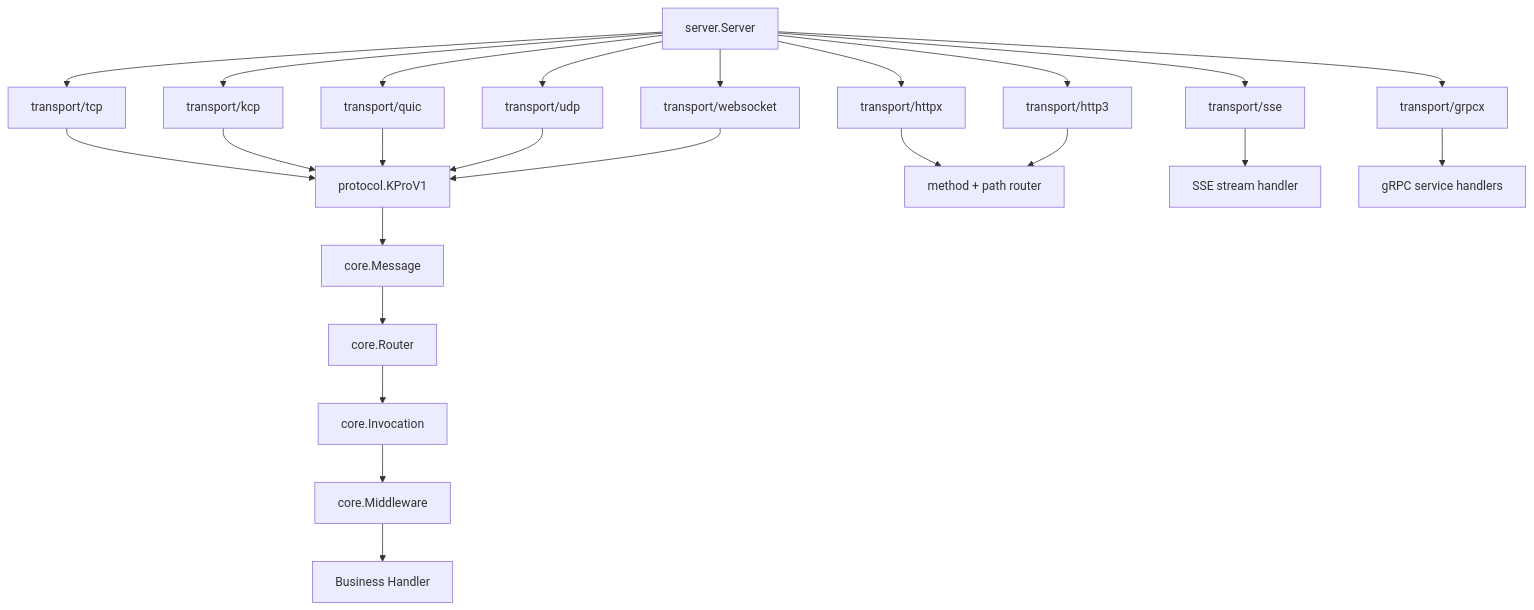
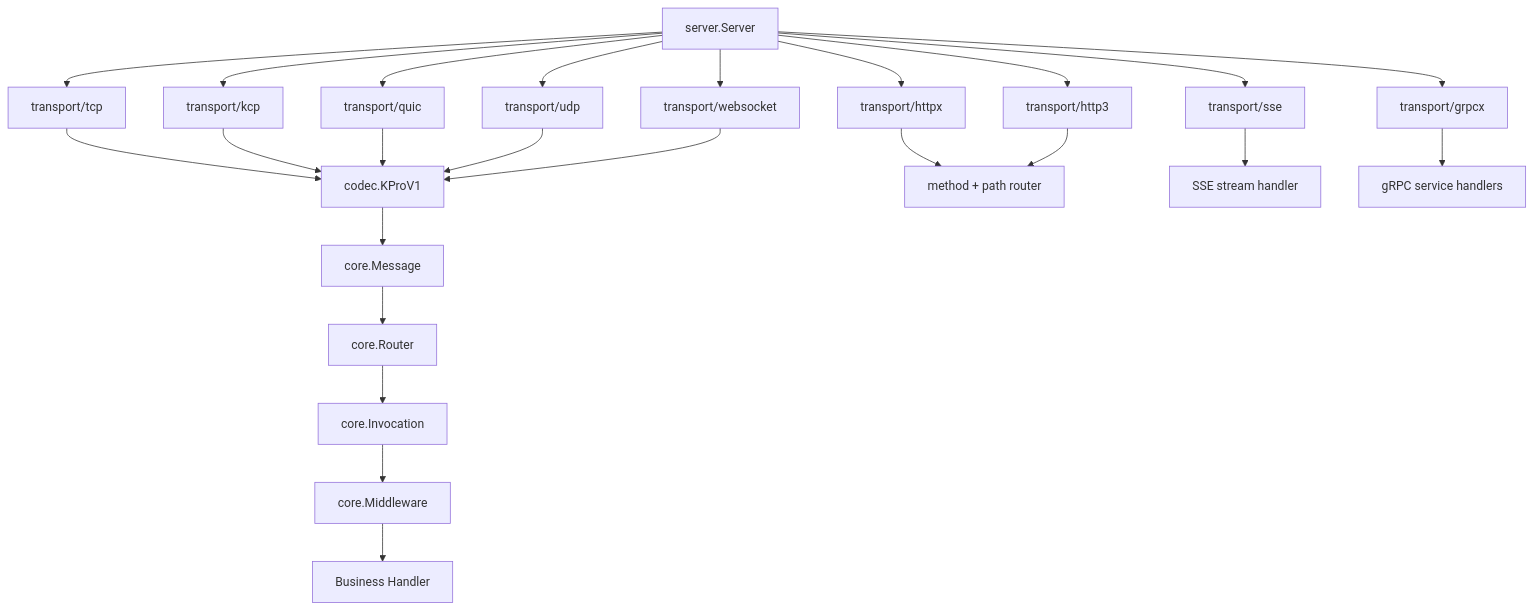
Before and after one commit to saramand9/kpro: the first of 3 diagrams in README.md, drawn with Mermaid. The commit also changed other lines of this file and 151 other files, not shown here.

First line of the commit message:
refactor: clarify app architecture and codec layer

````diff
--- a/README.md
+++ b/README.md
@@ -38,29 +36,29 @@
 ```mermaid
 flowchart TD
     App[server.Server] --> TCP[transport/tcp]
     App --> KCP[transport/kcp]
     App --> QUIC[transport/quic]
     App --> UDP[transport/udp]
     App --> WS[transport/websocket]
     App --> HTTP[transport/httpx]
     App --> HTTP3[transport/http3]
     App --> SSE[transport/sse]
     App --> GRPC[transport/grpcx]
 
-    TCP --> Protocol[protocol.KProV1]
+    TCP --> Protocol[codec.KProV1]
     KCP --> Protocol
     QUIC --> Protocol
     UDP --> Protocol
     WS --> Protocol
 
     Protocol --> Message[core.Message]
     Message --> Router[core.Router]
     Router --> Invocation[core.Invocation]
     Invocation --> Middleware[core.Middleware]
     Middleware --> Handler[Business Handler]
 
     HTTP --> HTTPRouter[method + path router]
     HTTP3 --> HTTPRouter
     SSE --> SSEHandler[SSE stream handler]
     GRPC --> GRPCService[gRPC service handlers]
 ```
````
